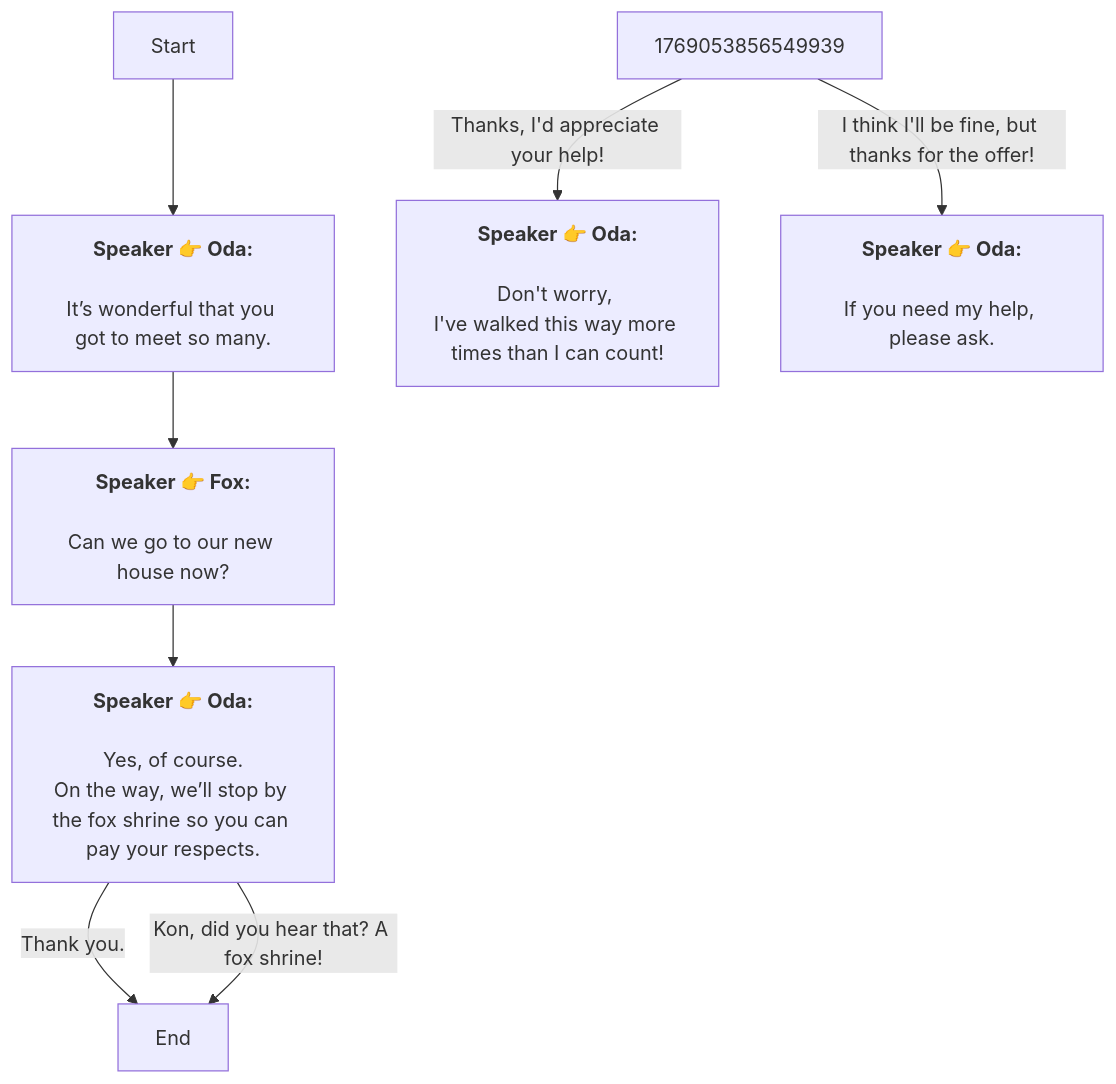
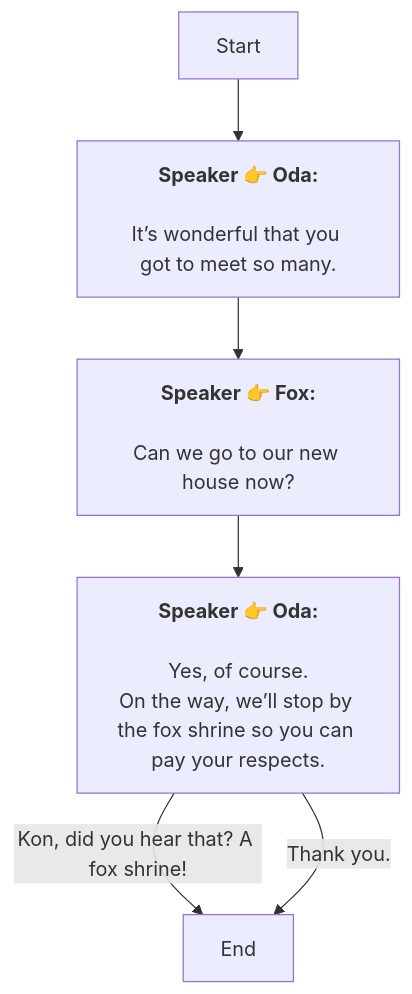
Before and after one commit to SoftHu/tos_avg: the diagram in Zh/QuestTalkObjectiveNode_1769053514232872.md, drawn with Mermaid. The commit also changed 780 other files, not shown here.

````diff
--- a/Zh/QuestTalkObjectiveNode_1769053514232872.md
+++ b/Zh/QuestTalkObjectiveNode_1769053514232872.md
@@ -1,18 +1,13 @@
 ```mermaid
 graph
 Start -->1769053689356331[<b>Speaker 👉 Oda:</b>
 \nIt’s wonderful that you got to meet so many.]
 1769053689356331 -->1775362772250093[<b>Speaker 👉 Fox:</b>
 \nCan we go to our new house now?]
 1775362772250093 -->1775362909569524[<b>Speaker 👉 Oda:</b>
 \nYes, of course.
 On the way, we’ll stop by the fox shrine so you can pay your respects.]
+1775362909569524 -->|Kon, did you hear that? A fox shrine!|1769053918352444[End]
 1775362909569524 -->|Thank you.|1769053918352444[End]
-1775362909569524 -->|Kon, did you hear that? A fox shrine!|1769053918352444[End]
-1769053856549939 -->|Thanks, I'd appreciate your help!|1769053886069817[<b>Speaker 👉 Oda:</b>
-\nDon't worry, 
-I've walked this way more times than I can count!]
-1769053856549939 -->|I think I'll be fine, but thanks for the offer!|1769053889369146[<b>Speaker 👉 Oda:</b>
-\nIf you need my help, please ask.]
 
 ```
````
